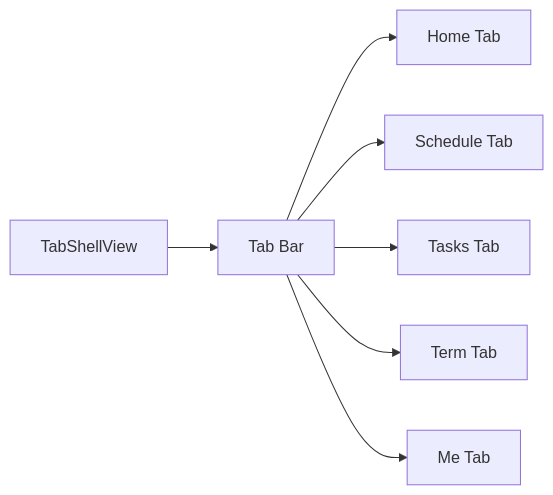
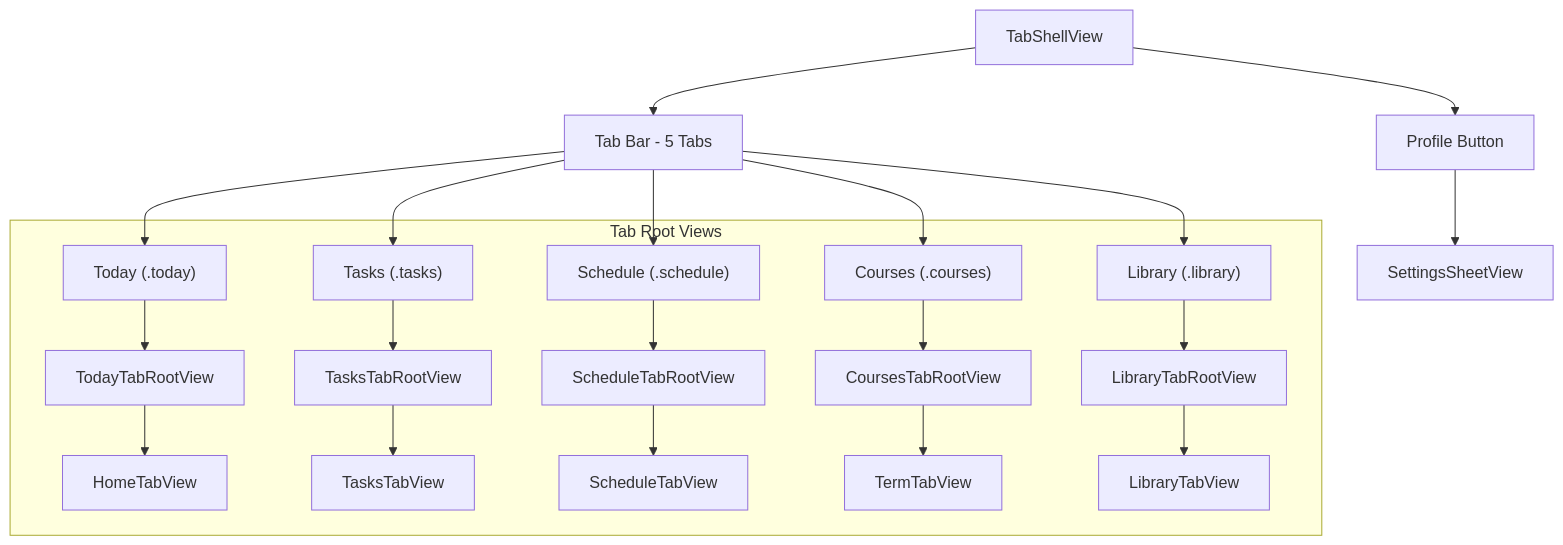
One commit to DormWay/mintlify-docs changed diagram 11 of 12 in docs/engineering/technical/ios/dormway-ios-app-architecture.mdx. Above: the diagram before and after it, drawn with Mermaid. The commit also changed other lines of this file and 38 other files, not shown here.

````diff
--- a/docs/engineering/technical/ios/dormway-ios-app-architecture.mdx
+++ b/docs/engineering/technical/ios/dormway-ios-app-architecture.mdx
@@ -664,9 +672,25 @@
 ```mermaid
-graph LR
-    A[TabShellView] --> B[Tab Bar]
-    B --> C[Home Tab]
-    B --> D[Schedule Tab]
-    B --> E[Tasks Tab]
-    B --> F[Term Tab]
-    B --> G[Me Tab]
+graph TD
+    A[TabShellView] --> B[Tab Bar - 5 Tabs]
+    B --> C["Today (.today)"]
+    B --> D["Tasks (.tasks)"]
+    B --> E["Schedule (.schedule)"]
+    B --> F["Courses (.courses)"]
+    B --> G["Library (.library)"]
+
+    A --> H[Profile Button]
+    H --> I[SettingsSheetView]
+
+    subgraph "Tab Root Views"
+        C --> C1[TodayTabRootView]
+        C1 --> C2[HomeTabView]
+        D --> D1[TasksTabRootView]
+        D1 --> D2[TasksTabView]
+        E --> E1[ScheduleTabRootView]
+        E1 --> E2[ScheduleTabView]
+        F --> F1[CoursesTabRootView]
+        F1 --> F2[TermTabView]
+        G --> G1[LibraryTabRootView]
+        G1 --> G2[LibraryTabView]
+    end
 ```
````
